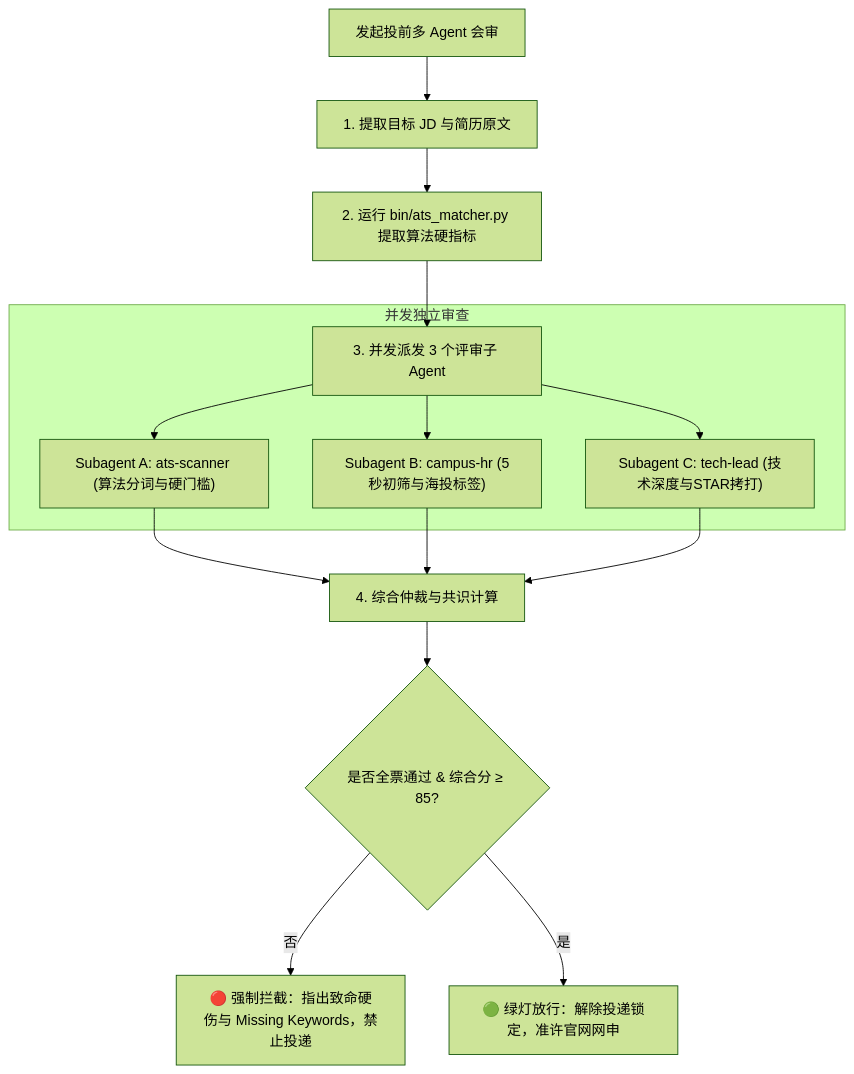
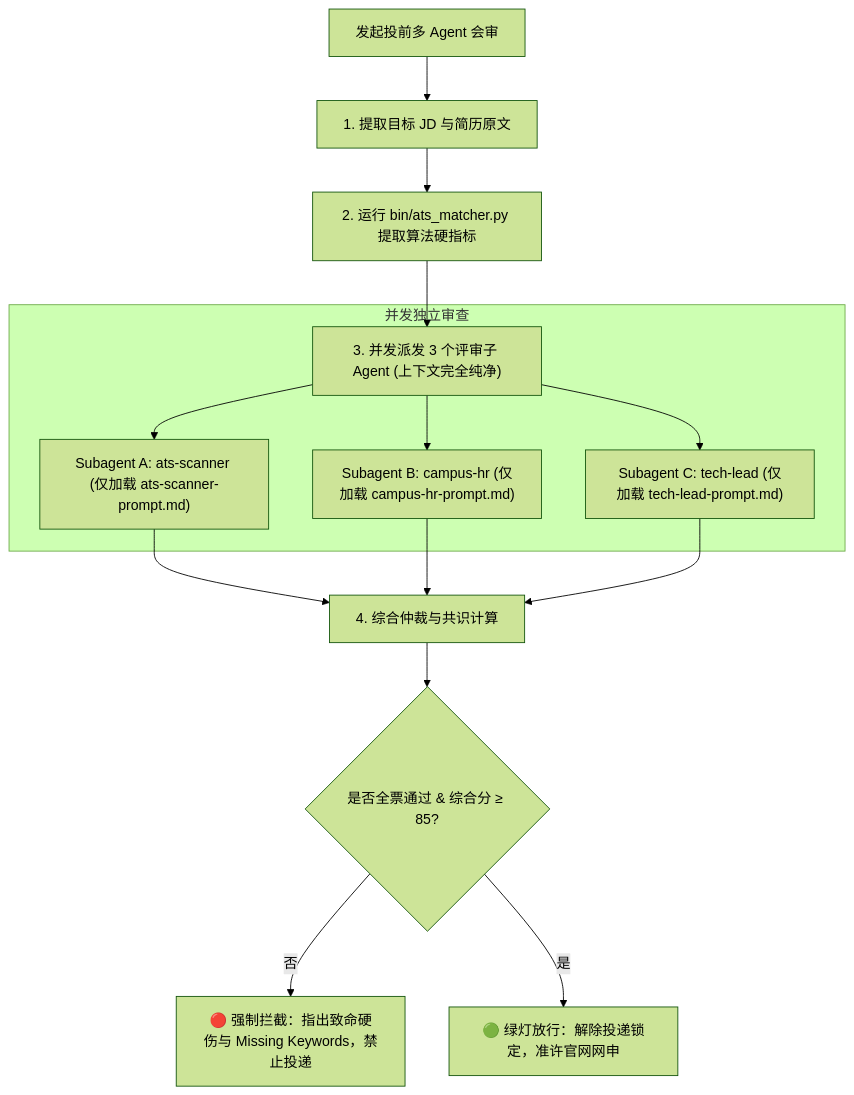
Before and after one commit to adlink8/career-os: the diagram in skills/career-multi-agent-eval/SKILL.md, drawn with Mermaid (forest theme). The commit also changed other lines of this file and 4 other files, not shown here.

````diff
--- a/skills/career-multi-agent-eval/SKILL.md
+++ b/skills/career-multi-agent-eval/SKILL.md
@@ -42,20 +45,20 @@
 ```mermaid
 flowchart TD
     Start["发起投前多 Agent 会审"] --> Step1["1. 提取目标 JD 与简历原文"]
     Step1 --> Step2["2. 运行 bin/ats_matcher.py 提取算法硬指标"]
-    Step2 --> Step3["3. 并发派发 3 个评审子 Agent"]
+    Step2 --> Step3["3. 并发派发 3 个评审子 Agent (上下文完全纯净)"]
     
     subgraph 并发独立审查
-        Step3 --> P1["Subagent A: ats-scanner (算法分词与硬门槛)"]
-        Step3 --> P2["Subagent B: campus-hr (5秒初筛与海投标签)"]
-        Step3 --> P3["Subagent C: tech-lead (技术深度与STAR拷打)"]
+        Step3 --> P1["Subagent A: ats-scanner (仅加载 ats-scanner-prompt.md)"]
+        Step3 --> P2["Subagent B: campus-hr (仅加载 campus-hr-prompt.md)"]
+        Step3 --> P3["Subagent C: tech-lead (仅加载 tech-lead-prompt.md)"]
     end
 
     P1 --> Step4["4. 综合仲裁与共识计算"]
     P2 --> Step4
     P3 --> Step4
 
     Step4 --> Check{"是否全票通过 & 综合分 ≥ 85?"}
     Check -->|否| Block["🔴 强制拦截：指出致命硬伤与 Missing Keywords，禁止投递"]
     Check -->|是| Pass["🟢 绿灯放行：解除投递锁定，准许官网网申"]
 ```
````
